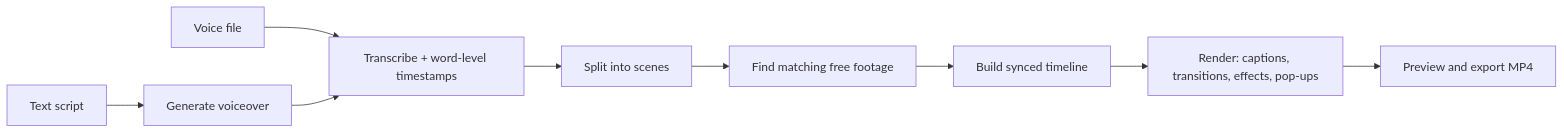
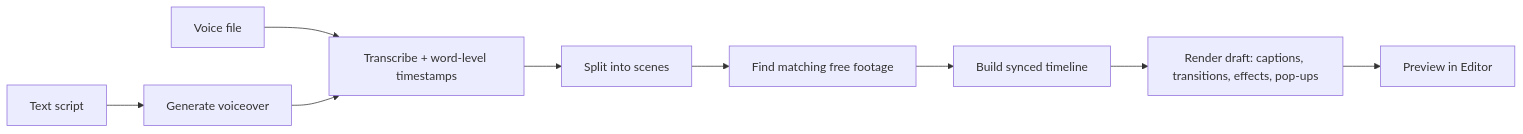
One commit to Farhaal/YT-Automation-tool changed the diagram in README.md. Above: the diagram before and after it, drawn with Mermaid. The commit also changed other lines of this file and 10 other files, not shown here.

````diff
--- a/README.md
+++ b/README.md
@@ -51,10 +46,10 @@
 ```mermaid
 flowchart LR
     A[Voice file] --> C[Transcribe + word-level timestamps]
     B[Text script] --> T[Generate voiceover] --> C
     C --> D[Split into scenes]
     D --> E[Find matching free footage]
     E --> F[Build synced timeline]
-    F --> G[Render: captions, transitions, effects, pop-ups]
-    G --> H[Preview and export MP4]
+    F --> G[Render draft: captions, transitions, effects, pop-ups]
+    G --> H[Preview in Editor]
 ```
````
